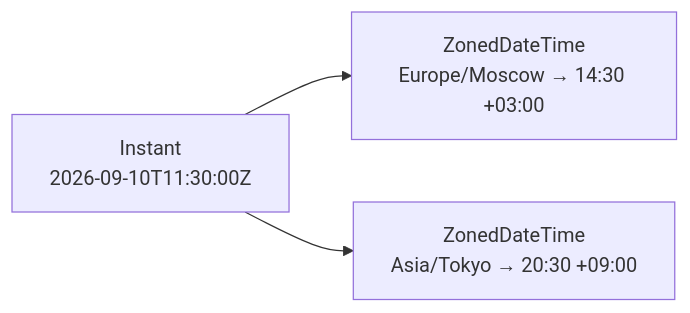
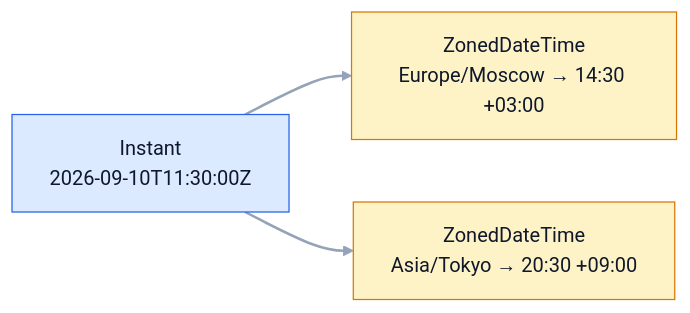
One commit to bogdan111305/java-senior-roadmap changed the diagram in kb/02-java-core/08-date-time.md. Above: the diagram before and after it, drawn with Mermaid. The commit also changed 31 other files, not shown here.

````diff
--- a/kb/02-java-core/08-date-time.md
+++ b/kb/02-java-core/08-date-time.md
@@ -66,5 +66,13 @@
 ```mermaid
 flowchart LR
-    I["Instant\n2026-09-10T11:30:00Z"] --> M["ZonedDateTime\nEurope/Moscow → 14:30 +03:00"]
-    I --> T["ZonedDateTime\nAsia/Tokyo → 20:30 +09:00"]
+    I["Instant<br/>2026-09-10T11:30:00Z"] --> M["ZonedDateTime<br/>Europe/Moscow → 14:30 +03:00"]
+    I --> T["ZonedDateTime<br/>Asia/Tokyo → 20:30 +09:00"]
+    classDef main fill:#dbeafe,stroke:#2563eb,color:#0f172a
+    classDef accent fill:#fef3c7,stroke:#d97706,color:#0f172a
+    classDef good fill:#dcfce7,stroke:#16a34a,color:#0f172a
+    classDef muted fill:#f1f5f9,stroke:#64748b,color:#0f172a
+    classDef bad fill:#fee2e2,stroke:#dc2626,color:#0f172a
+    class I main
+    class M,T accent
+    linkStyle default stroke:#94a3b8,stroke-width:2px
 ```
````
